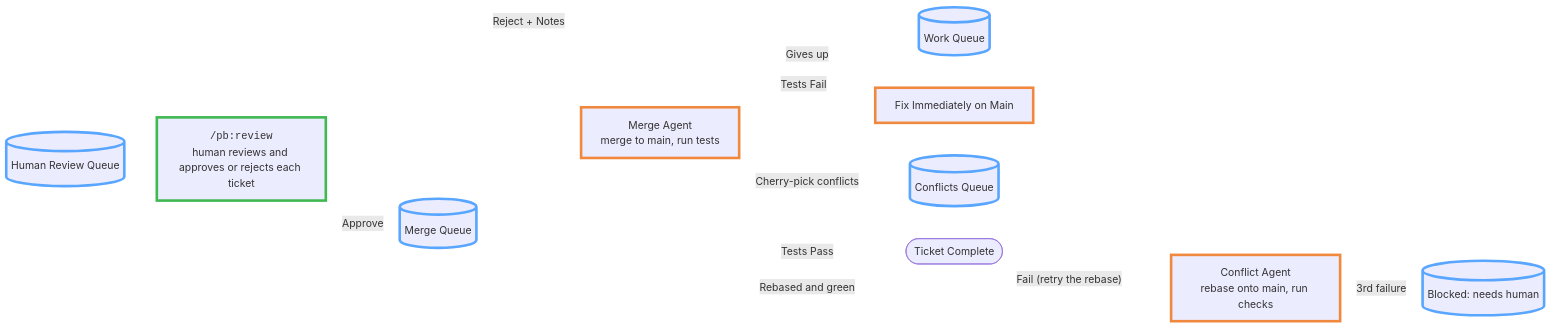
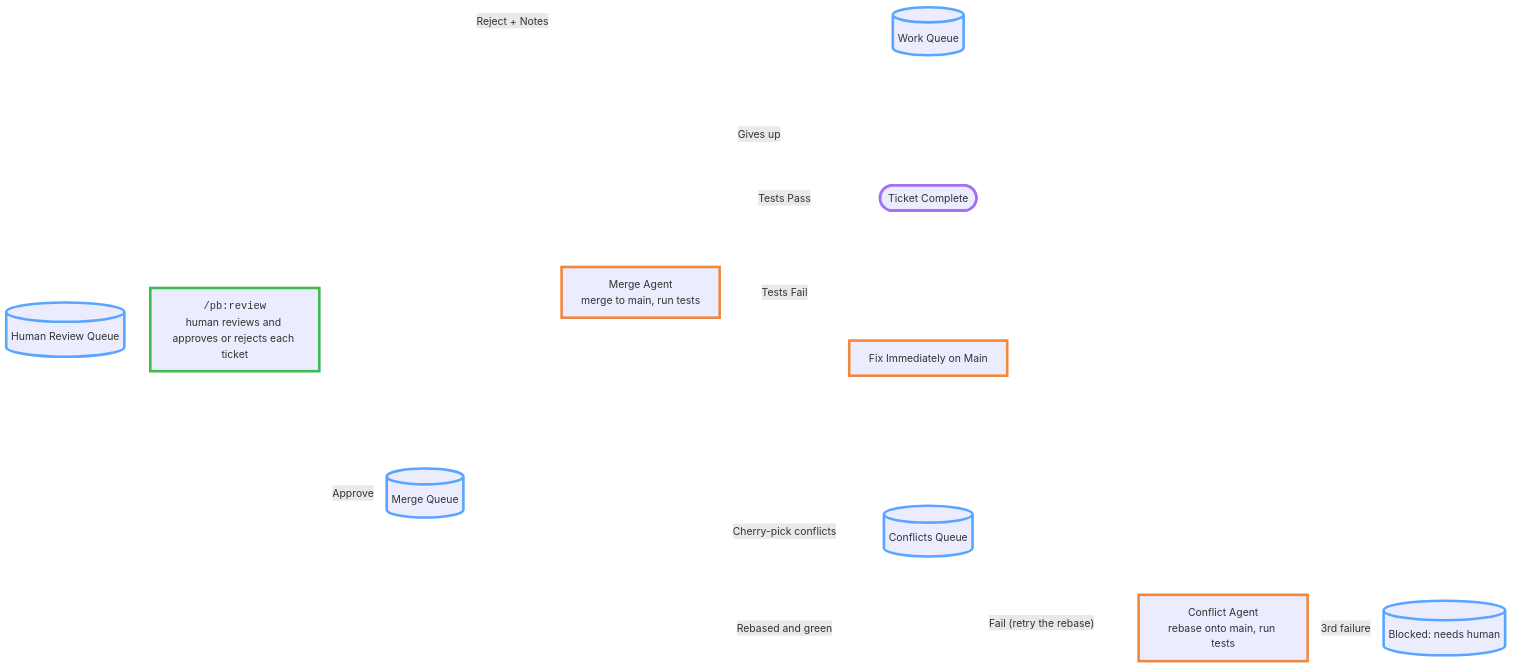
One commit to ashleydavis/playbook changed the third of 4 diagrams in handbook.md. Above: the diagram before and after it, drawn with Mermaid. The commit also changed other lines of this file, not shown here.

First line of the commit message:
Spaced out the pipeline diagrams to suit a screen and tidied their labels

````diff
--- a/handbook.md
+++ b/handbook.md
@@ -166,27 +164,29 @@
 ```mermaid
-%%{init: {'themeVariables': {'lineColor': '#ffffff'}, 'themeCSS': '.edgeLabel p { padding: 4px 8px; }'}}%%
+%%{init: {'flowchart': {'nodeSpacing': 200, 'rankSpacing': 40}, 'themeVariables': {'lineColor': '#ffffff'}, 'themeCSS': '.edgeLabel p { padding: 4px 8px; }'}}%%
 flowchart LR
     HR[("Human Review Queue")] --> VIEW
 
     VIEW["<span style='font-family:monospace'>/pb:review</span><br/>human reviews and approves or rejects each ticket"]
 
     VIEW -->|Reject + Notes| WQ[("Work Queue")]
     VIEW -->|Approve| MQ[("Merge Queue")]
     MQ --> MA["Merge Agent<br/>merge to main, run tests"]
+    MA -->|Tests Pass| DONE(["Ticket Complete"])
     MA -->|Tests Fail| FIX["Fix Immediately on Main"]
     FIX --> MA
     MA -->|"Gives up"| WQ
     MA -->|"Cherry-pick conflicts"| CQ[("Conflicts Queue")]
-    CQ --> CA["Conflict Agent<br/>rebase onto main, run checks"]
+    CQ --> CA["Conflict Agent<br/>rebase onto main, run tests"]
     CA -->|"Rebased and green"| MQ
     CA -->|"Fail (retry the rebase)"| CQ
     CA -->|"3rd failure"| BLK[("Blocked: needs human")]
-    MA -->|Tests Pass| DONE(["Ticket Complete"])
     classDef queue stroke:#58a6ff,stroke-width:4px
     class HR,WQ,MQ,CQ,BLK queue
     classDef human stroke:#3fb950,stroke-width:4px
     classDef agent stroke:#f0883e,stroke-width:4px
     class VIEW human
     class MA,FIX,CA agent
+    classDef done stroke:#a371f7,stroke-width:4px
+    class DONE done
     linkStyle default stroke:#ffffff,stroke-width:2px
 ```
````
